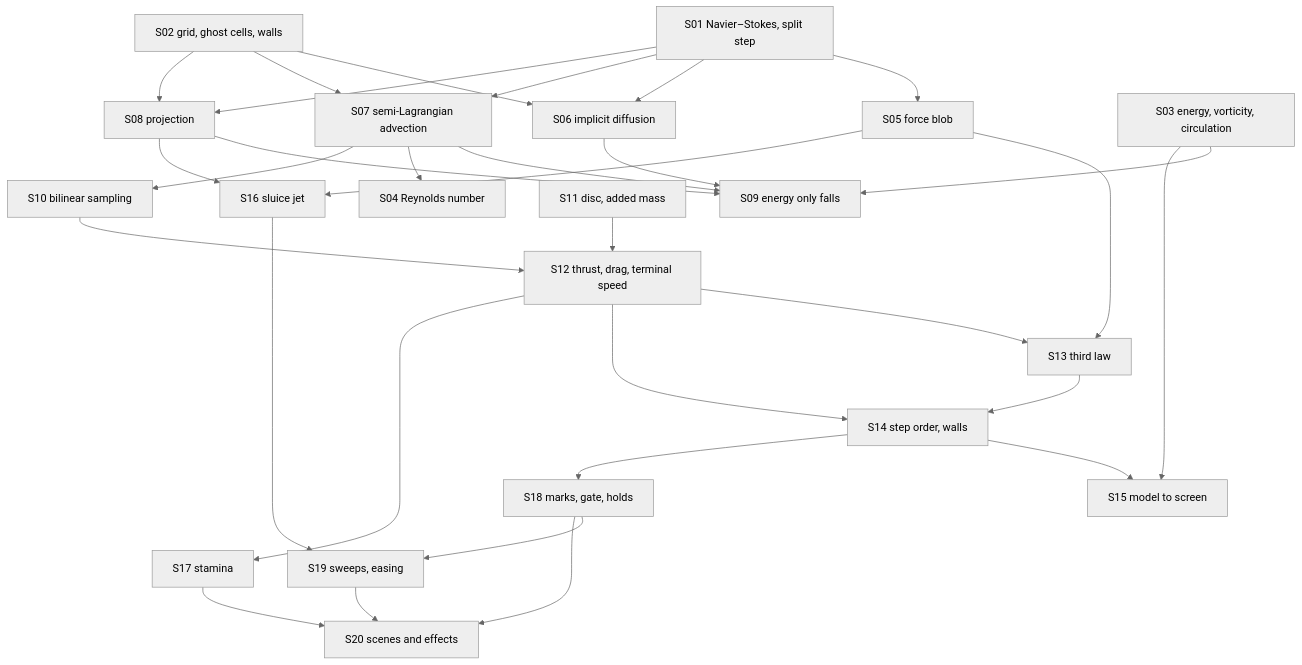
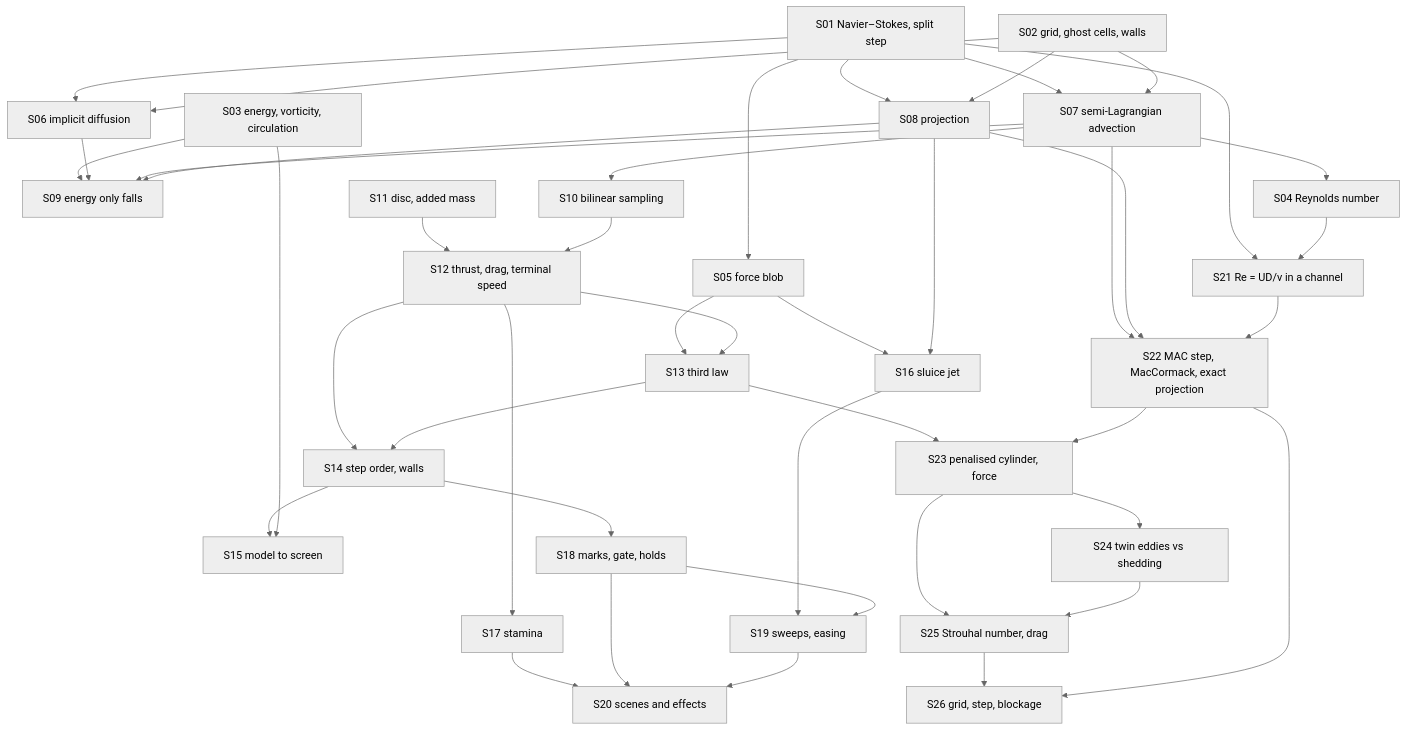
The diagram in docs/theory/README.md (TM-59/current-swimmer), drawn with Mermaid (neutral theme) before and after one commit. The commit also changed other lines of this file and 35 other files, not shown here.

First line of the commit message:
M2: Karman vortex street behind a cylinder, with C_D and Strouhal number (#19)

````diff
--- a/docs/theory/README.md
+++ b/docs/theory/README.md
@@ -18,33 +19,45 @@
 ```mermaid
 flowchart TD
     S01["S01 Navier–Stokes, split step"] --> S05["S05 force blob"]
     S01 --> S06["S06 implicit diffusion"]
     S01 --> S07["S07 semi-Lagrangian advection"]
     S01 --> S08["S08 projection"]
     S02["S02 grid, ghost cells, walls"] --> S06
     S02 --> S07
     S02 --> S08
     S03["S03 energy, vorticity, circulation"] --> S09["S09 energy only falls"]
     S06 --> S09
     S07 --> S09
     S08 --> S09
     S07 --> S04["S04 Reynolds number"]
     S07 --> S10["S10 bilinear sampling"]
     S11["S11 disc, added mass"] --> S12["S12 thrust, drag, terminal speed"]
     S10 --> S12
     S05 --> S13["S13 third law"]
     S12 --> S13
     S12 --> S14["S14 step order, walls"]
     S13 --> S14
     S14 --> S15["S15 model to screen"]
     S03 --> S15
     S05 --> S16["S16 sluice jet"]
     S08 --> S16
     S12 --> S17["S17 stamina"]
     S14 --> S18["S18 marks, gate, holds"]
     S16 --> S19["S19 sweeps, easing"]
     S18 --> S19
     S17 --> S20["S20 scenes and effects"]
     S18 --> S20
     S19 --> S20
+    S01 --> S21["S21 Re = UD/ν in a channel"]
+    S04 --> S21
+    S07 --> S22["S22 MAC step, MacCormack, exact projection"]
+    S08 --> S22
+    S21 --> S22
+    S13 --> S23["S23 penalised cylinder, force"]
+    S22 --> S23
+    S23 --> S24["S24 twin eddies vs shedding"]
+    S23 --> S25["S25 Strouhal number, drag"]
+    S24 --> S25
+    S25 --> S26["S26 grid, step, blockage"]
+    S22 --> S26
 ```
````
